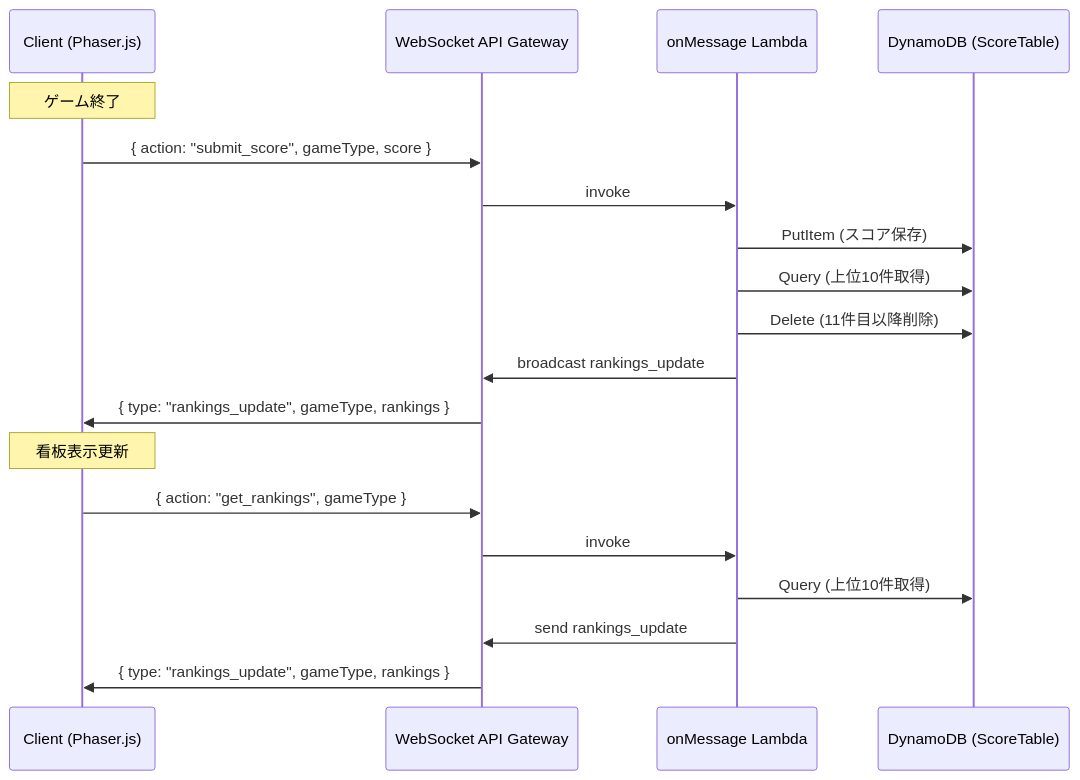
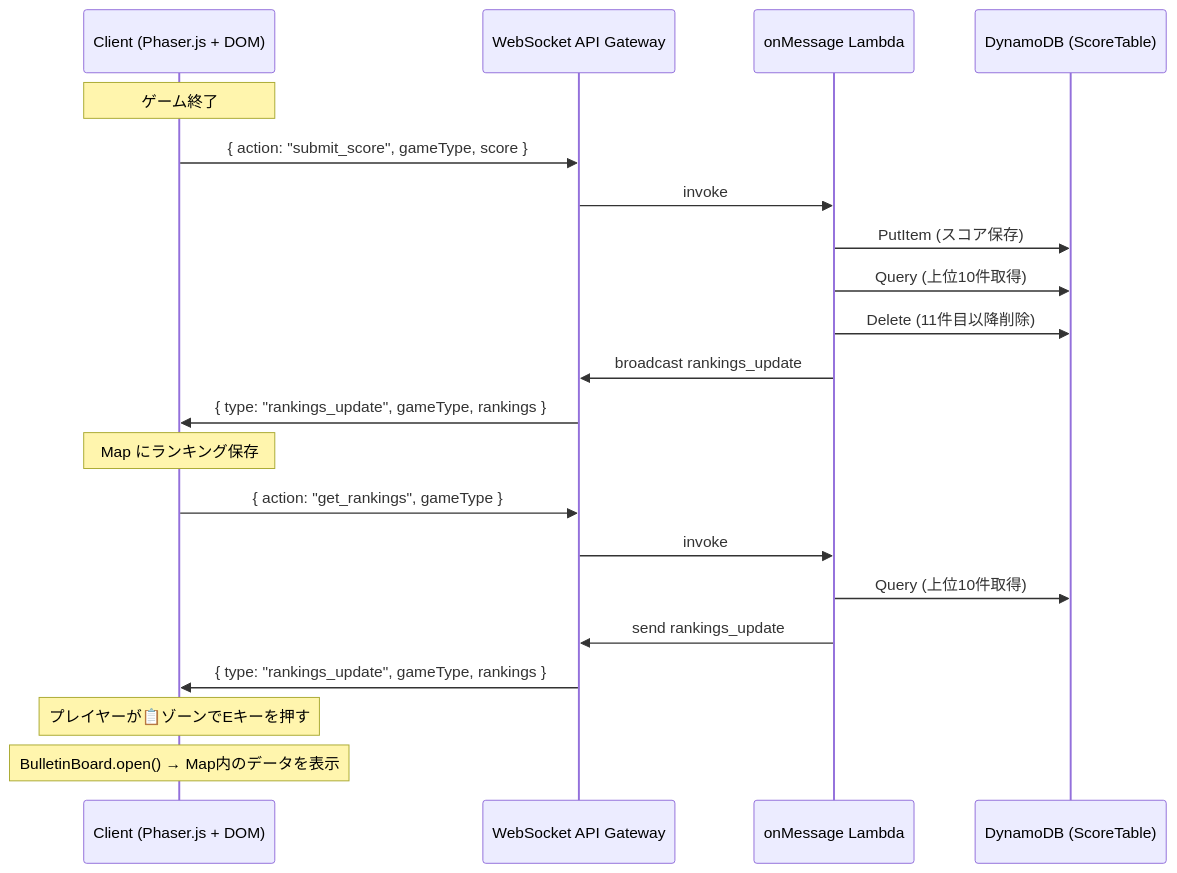
The diagram in .kiro/specs/scoreboard/design.md (m-kotaro/game-plaza-proto), drawn with Mermaid before and after one commit. The commit also changed other lines of this file and 5 other files, not shown here.

````diff
--- a/.kiro/specs/scoreboard/design.md
+++ b/.kiro/specs/scoreboard/design.md
@@ -15,23 +16,26 @@
 ```mermaid
 sequenceDiagram
-    participant Client as Client (Phaser.js)
+    participant Client as Client (Phaser.js + DOM)
     participant WS as WebSocket API Gateway
     participant Lambda as onMessage Lambda
     participant DB as DynamoDB (ScoreTable)
 
     Note over Client: ゲーム終了
     Client->>WS: { action: "submit_score", gameType, score }
     WS->>Lambda: invoke
     Lambda->>DB: PutItem (スコア保存)
     Lambda->>DB: Query (上位10件取得)
     Lambda->>DB: Delete (11件目以降削除)
     Lambda->>WS: broadcast rankings_update
     WS->>Client: { type: "rankings_update", gameType, rankings }
-    Note over Client: 看板表示更新
+    Note over Client: Map にランキング保存
 
     Client->>WS: { action: "get_rankings", gameType }
     WS->>Lambda: invoke
     Lambda->>DB: Query (上位10件取得)
     Lambda->>WS: send rankings_update
     WS->>Client: { type: "rankings_update", gameType, rankings }
+
+    Note over Client: プレイヤーが📋ゾーンでEキーを押す
+    Note over Client: BulletinBoard.open() → Map内のデータを表示
 ```
````
